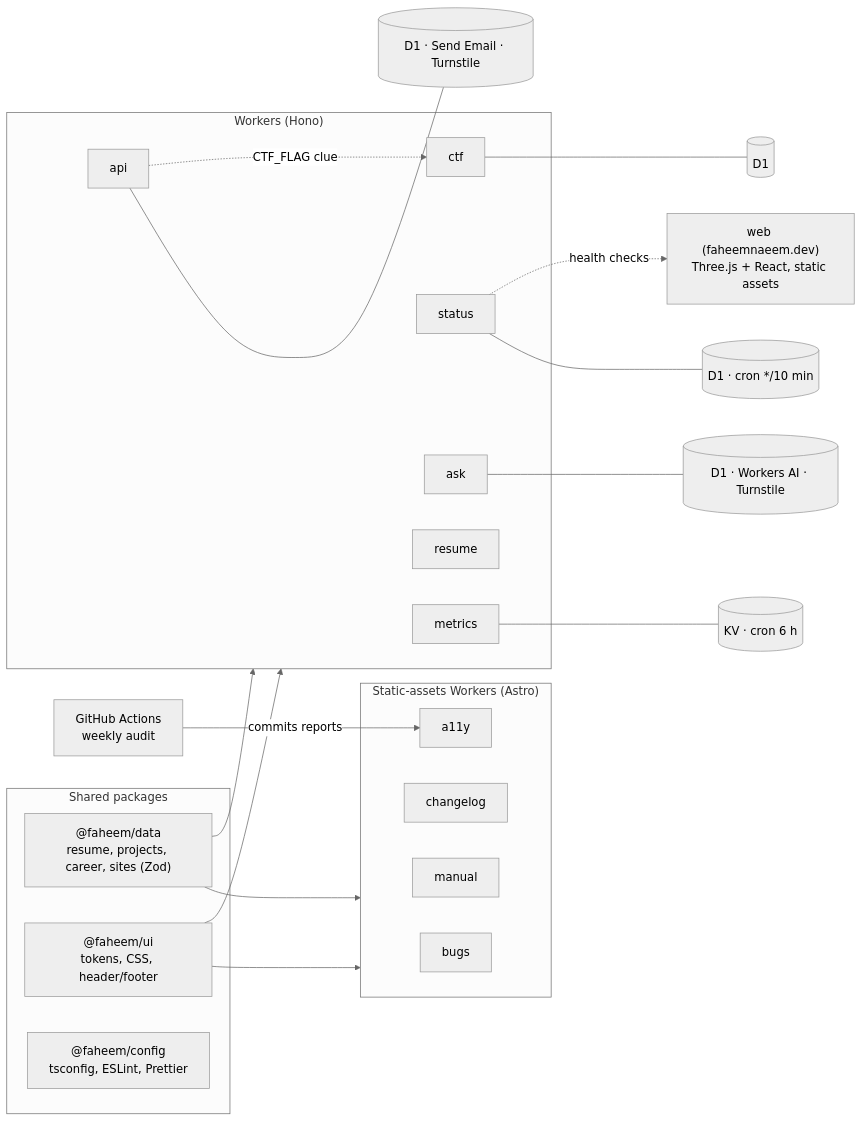
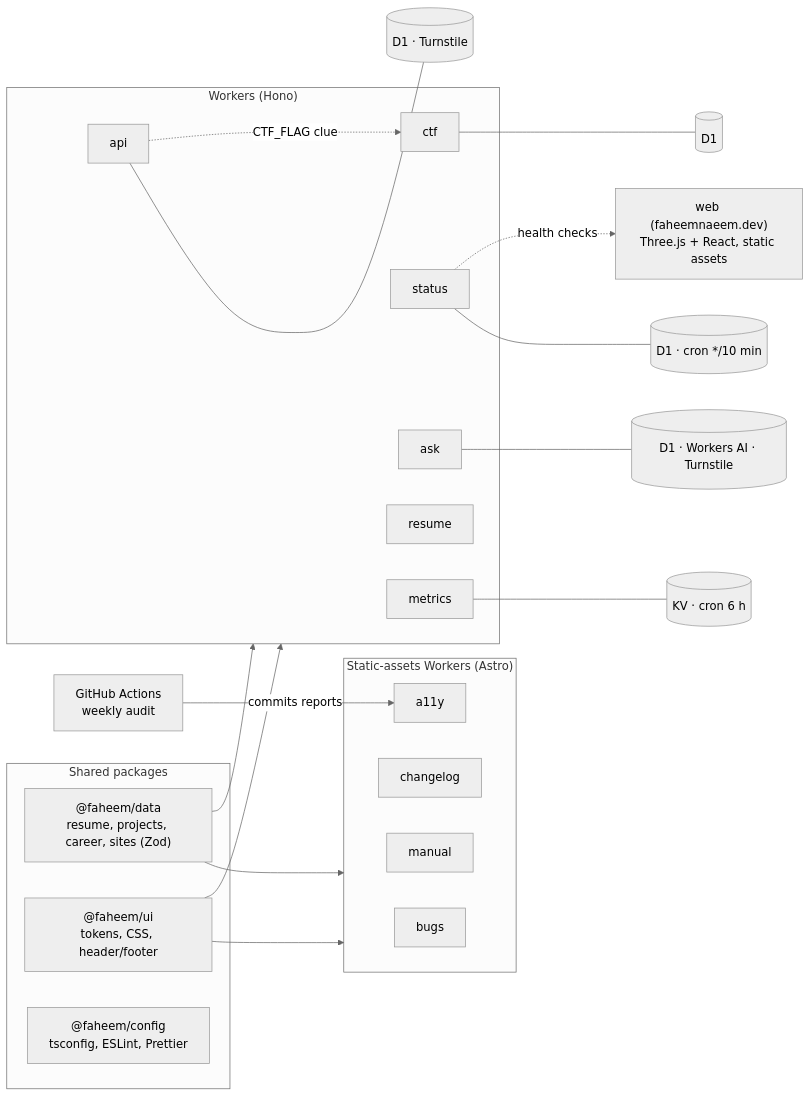
One commit to faheem-naeem/portfolio-website changed the diagram in readme.md. Above: the diagram before and after it, drawn with Mermaid (neutral theme). The commit also changed other lines of this file and 63 other files, not shown here.

````diff
--- a/readme.md
+++ b/readme.md
@@ -12,40 +12,40 @@
 ```mermaid
 flowchart LR
     subgraph packages["Shared packages"]
         data["@faheem/data<br/>resume, projects, career, sites (Zod)"]
         ui["@faheem/ui<br/>tokens, CSS, header/footer"]
         config["@faheem/config<br/>tsconfig, ESLint, Prettier"]
     end
 
     subgraph static["Static-assets Workers (Astro)"]
         bugs["bugs"]
         changelog["changelog"]
         manual["manual"]
         a11y["a11y"]
     end
 
     subgraph workers["Workers (Hono)"]
         resume["resume"]
         api["api"]
         status["status"]
         ask["ask"]
         ctf["ctf"]
         metrics["metrics"]
     end
 
     web["web (faheemnaeem.dev)<br/>Three.js + React, static assets"]
 
     data --> static
     data --> workers
     ui --> static
     ui --> workers
 
-    api --- apiB[("D1 · Send Email · Turnstile")]
+    api --- apiB[("D1 · Turnstile")]
     status --- statusB[("D1 · cron */10 min")]
     ask --- askB[("D1 · Workers AI · Turnstile")]
     ctf --- ctfB[("D1")]
     metrics --- metricsB[("KV · cron 6 h")]
     gha["GitHub Actions<br/>weekly audit"] -->|commits reports| a11y
     status -. health checks .-> web
     api -. CTF_FLAG clue .-> ctf
 ```
````
